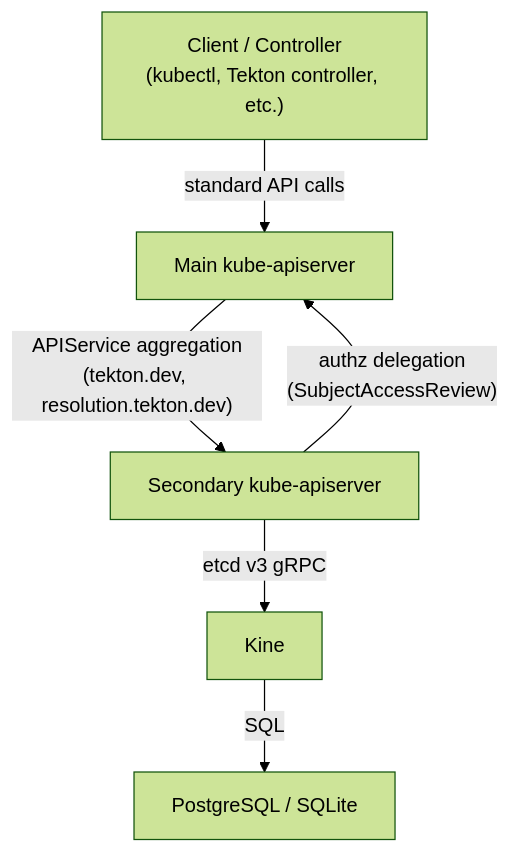
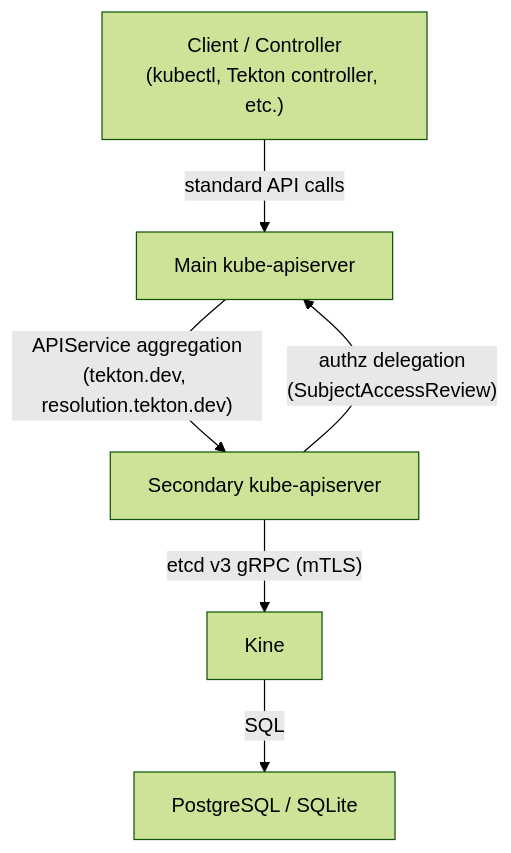
One commit to konflux-ci/kube-shard changed the second of 2 diagrams in README.md. Above: the diagram before and after it, drawn with Mermaid (forest theme). The commit also changed 3 other files, not shown here.

````diff
--- a/README.md
+++ b/README.md
@@ -41,8 +41,8 @@
 ```mermaid
 flowchart TD
     client["Client / Controller\n(kubectl, Tekton controller, etc.)"] -->|"standard API calls"| main["Main kube-apiserver"]
     main -->|"APIService aggregation\n(tekton.dev, resolution.tekton.dev)"| secondary["Secondary kube-apiserver"]
     secondary -->|"authz delegation\n(SubjectAccessReview)"| main
-    secondary -->|"etcd v3 gRPC"| kine["Kine"]
+    secondary -->|"etcd v3 gRPC (mTLS)"| kine["Kine"]
     kine -->|"SQL"| db["PostgreSQL / SQLite"]
 ```
````
